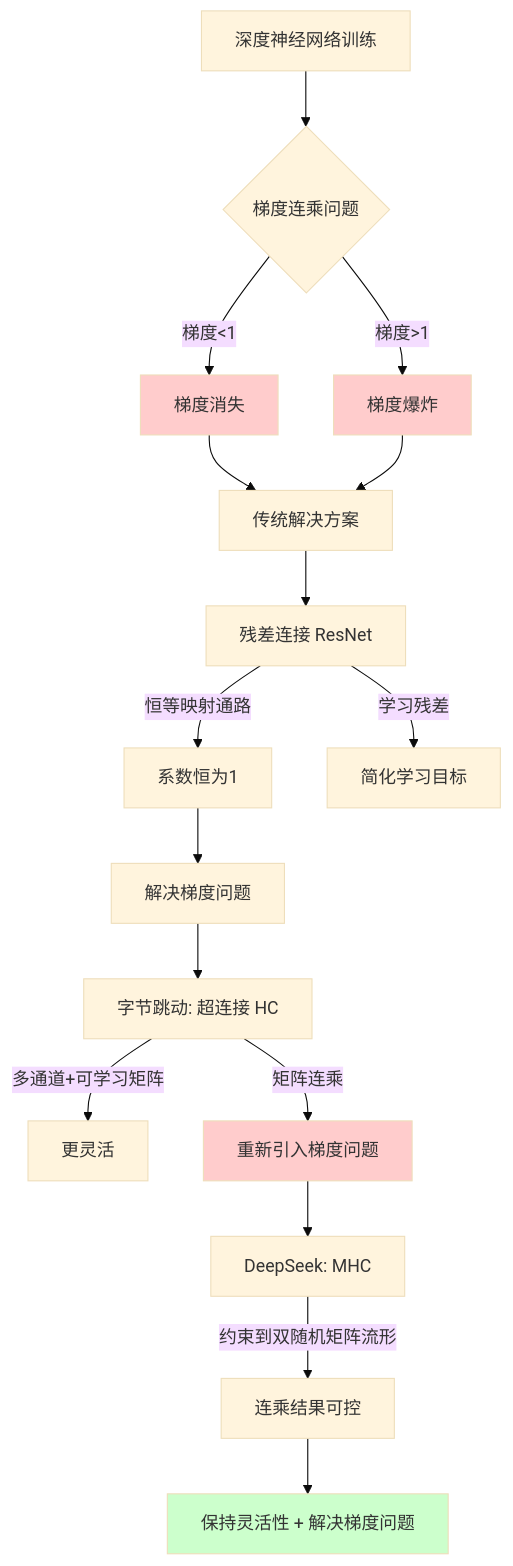
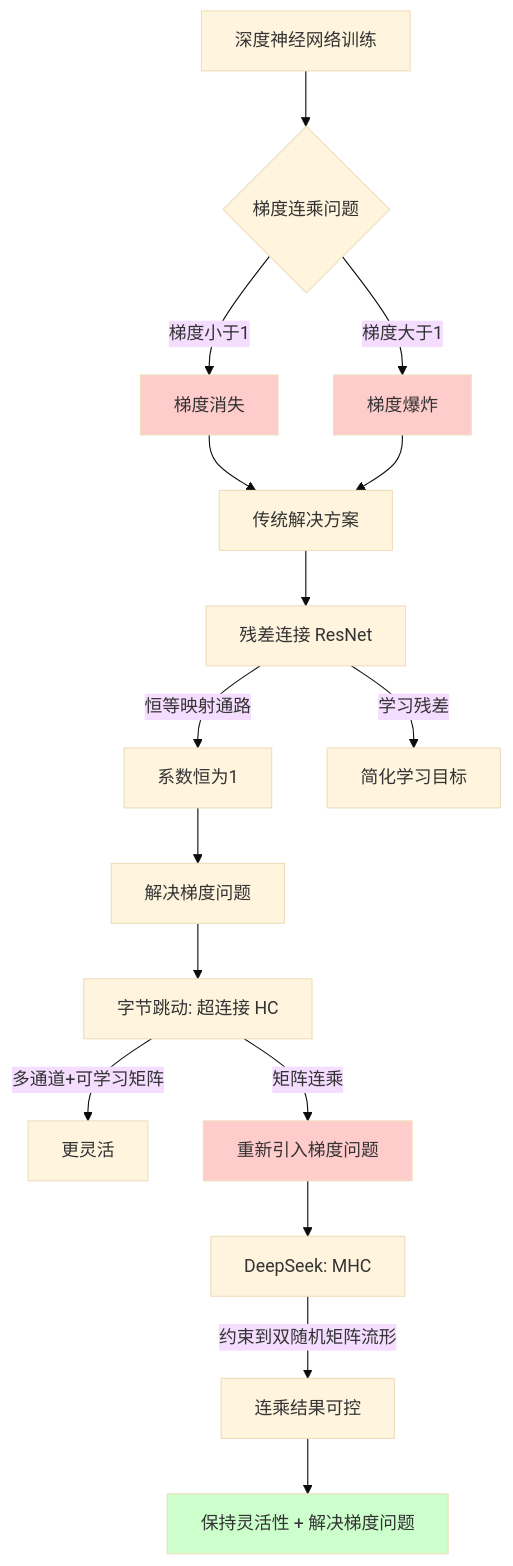
Before and after one commit to xirain/techlearn: the diagram in docs/deepseek-mhc-paper.md, drawn with Mermaid (base theme). The commit also changed 1 other file, not shown here.

Commit message:
修复 Mermaid 图表渲染
- 添加 custom-head.html 引入 Mermaid JS
- 将 mermaid 代码块改为 HTML div 格式

````diff
--- a/docs/deepseek-mhc-paper.md
+++ b/docs/deepseek-mhc-paper.md
@@ -148,27 +148,22 @@
-```mermaid
+<div class="mermaid">
 graph TD
     A[深度神经网络训练] --> B{梯度连乘问题}
-    B -->|梯度<1| C[梯度消失]
-    B -->|梯度>1| D[梯度爆炸]
-
+    B -->|梯度小于1| C[梯度消失]
+    B -->|梯度大于1| D[梯度爆炸]
     C --> E[传统解决方案]
     D --> E
     E --> F[残差连接 ResNet]
-
     F -->|恒等映射通路| G[系数恒为1]
     G --> H[解决梯度问题]
     F -->|学习残差| I[简化学习目标]
-
     H --> J[字节跳动: 超连接 HC]
     J -->|多通道+可学习矩阵| K[更灵活]
     J -->|矩阵连乘| L[重新引入梯度问题]
-
     L --> M[DeepSeek: MHC]
     M -->|约束到双随机矩阵流形| N[连乘结果可控]
     N --> O[保持灵活性 + 解决梯度问题]
-
     style C fill:#ffcccc
     style D fill:#ffcccc
     style L fill:#ffcccc
     style O fill:#ccffcc
-```
+</div>
````
